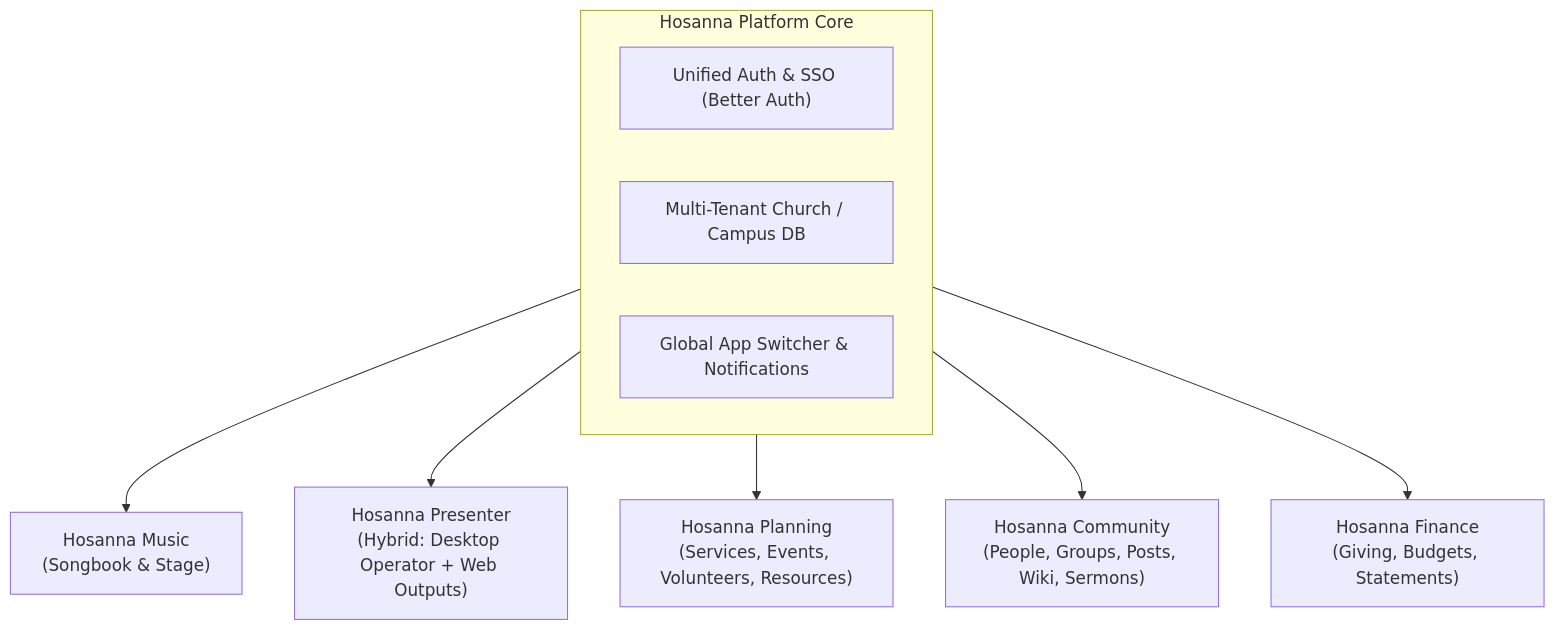
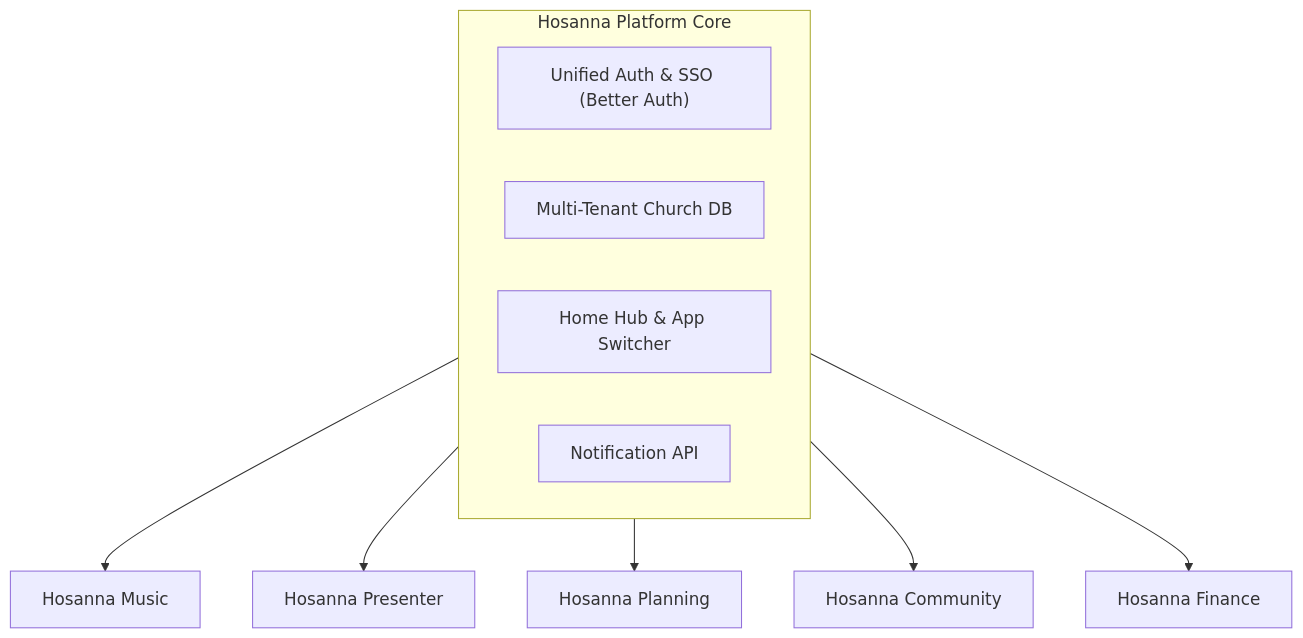
The first of 4 diagrams in docs/FUTURE_DIRECTION.md (Apoll011/hosanna-suite), drawn with Mermaid before and after one commit. The commit also changed other lines of this file, not shown here.

````diff
--- a/docs/FUTURE_DIRECTION.md
+++ b/docs/FUTURE_DIRECTION.md
@@ -9,14 +9,15 @@
 ```mermaid
 flowchart TD
     subgraph PlatformCore ["Hosanna Platform Core"]
         Auth["Unified Auth & SSO (Better Auth)"]
-        Org["Multi-Tenant Church / Campus DB"]
-        Switcher["Global App Switcher & Notifications"]
+        Org["Multi-Tenant Church DB"]
+        Hub["Home Hub & App Switcher"]
+        Notif["Notification API"]
     end
 
-    PlatformCore --> Music["Hosanna Music\n(Songbook & Stage)"]
-        PlatformCore --> Presenter["Hosanna Presenter\n(Hybrid: Desktop Operator + Web Outputs)"]
-    PlatformCore --> Planning["Hosanna Planning\n(Services, Events, Volunteers, Resources)"]
-    PlatformCore --> Community["Hosanna Community\n(People, Groups, Posts, Wiki, Sermons)"]
-    PlatformCore --> Finance["Hosanna Finance\n(Giving, Budgets, Statements)"]
+    PlatformCore --> Music["Hosanna Music"]
+    PlatformCore --> Presenter["Hosanna Presenter"]
+    PlatformCore --> Planning["Hosanna Planning"]
+    PlatformCore --> Community["Hosanna Community"]
+    PlatformCore --> Finance["Hosanna Finance"]
 ```
````
